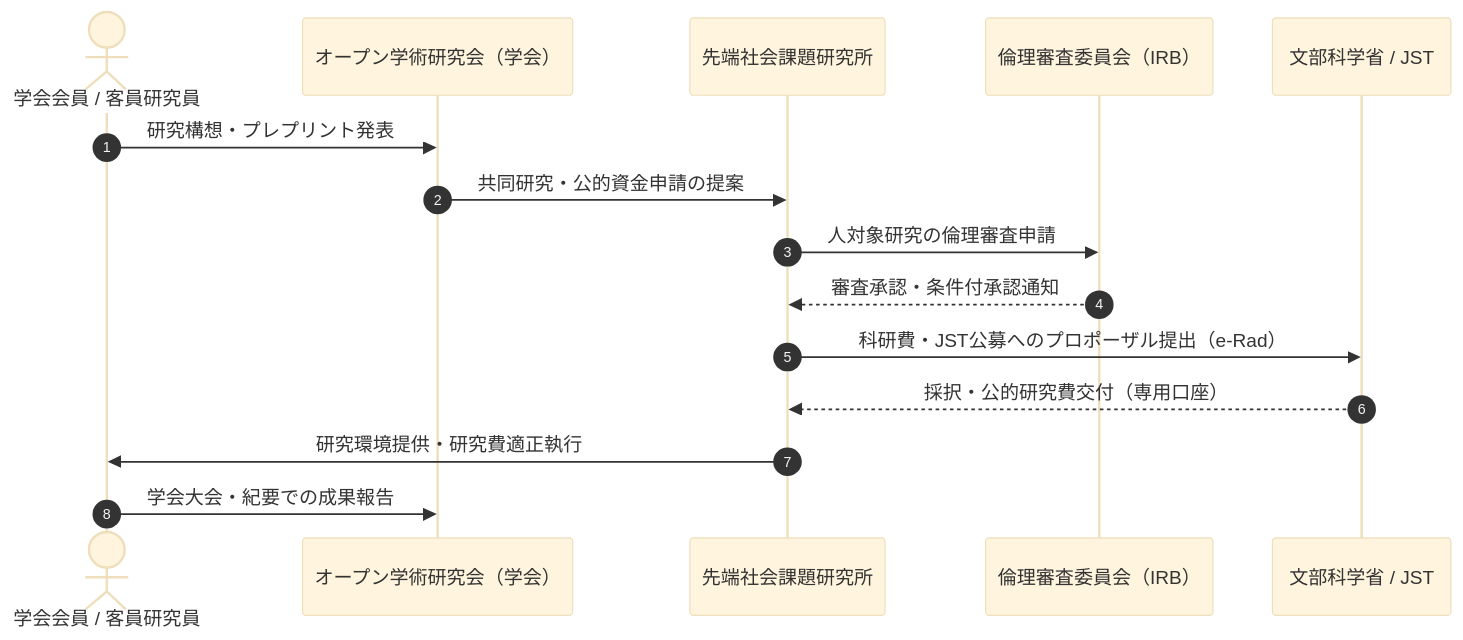
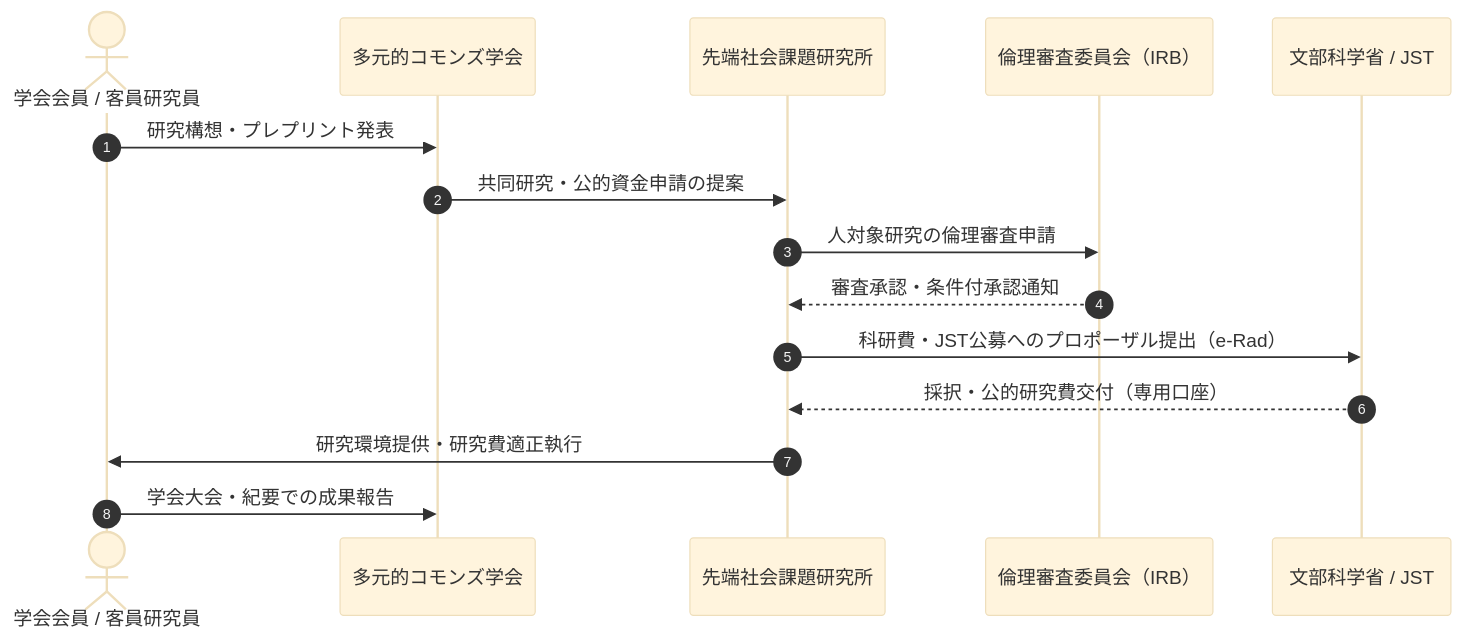
Before and after one commit to t012093/open-coral-handbook: the first of 2 diagrams in academic/organization/dual-structure.mdx, drawn with Mermaid (base theme). The commit also changed other lines of this file and 6 other files, not shown here.

````diff
--- a/academic/organization/dual-structure.mdx
+++ b/academic/organization/dual-structure.mdx
@@ -31,18 +29,18 @@
 ```mermaid
 sequenceDiagram
     autonumber
     actor Researcher as 学会会員 / 客員研究員
-    participant Society as オープン学術研究会（学会）
+    participant Society as 多元的コモンズ学会
     participant Institute as 先端社会課題研究所
     participant IRB as 倫理審査委員会（IRB）
     participant MEXT as 文部科学省 / JST
 
     Researcher->>Society: 研究構想・プレプリント発表
     Society->>Institute: 共同研究・公的資金申請の提案
     Institute->>IRB: 人対象研究の倫理審査申請
     IRB-->>Institute: 審査承認・条件付承認通知
     Institute->>MEXT: 科研費・JST公募へのプロポーザル提出（e-Rad）
     MEXT-->>Institute: 採択・公的研究費交付（専用口座）
     Institute->>Researcher: 研究環境提供・研究費適正執行
     Researcher->>Society: 学会大会・紀要での成果報告
 ```
````
